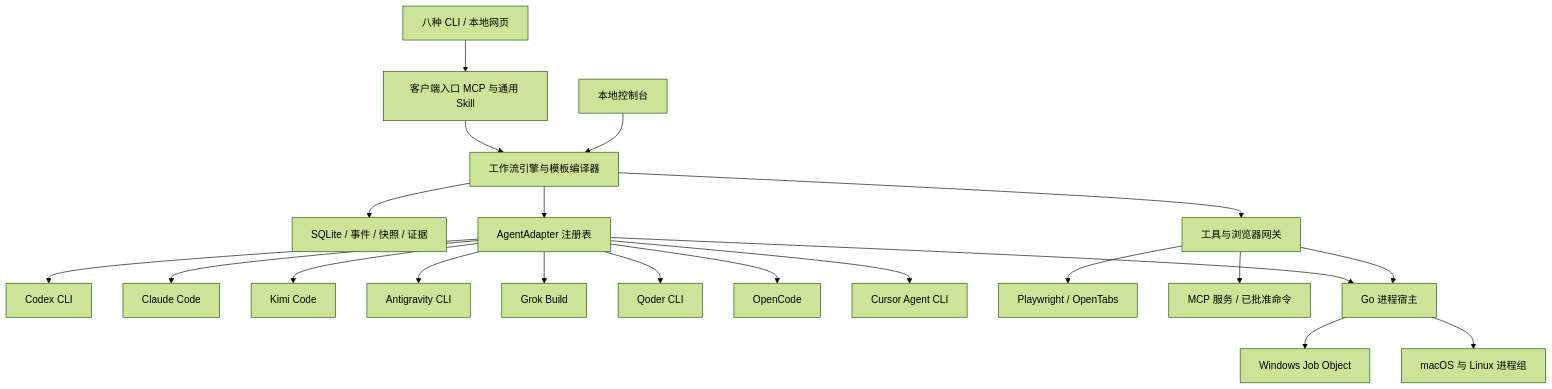
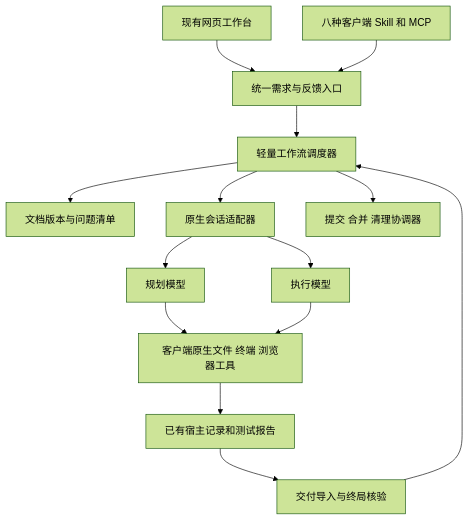
Before and after one commit to zephyrw/dev-flow: the first of 3 diagrams in docs/plan/DevFlow跨平台通用工作流平台实施方案.md, drawn with Mermaid (forest theme). The commit also changed other lines of this file and 136 other files, not shown here.

````diff
--- a/docs/plan/DevFlow跨平台通用工作流平台实施方案.md
+++ b/docs/plan/DevFlow跨平台通用工作流平台实施方案.md
@@ -77,23 +46,16 @@
 ```mermaid
 flowchart TB
-  Entry[八种 CLI / 本地网页] --> Bridge[客户端入口 MCP 与通用 Skill]
-  Bridge --> Core[工作流引擎与模板编译器]
-  UI[本地控制台] --> Core
-  Core --> Store[SQLite / 事件 / 快照 / 证据]
-  Core --> Agents[AgentAdapter 注册表]
-  Core --> Gateway[工具与浏览器网关]
-  Agents --> Codex[Codex CLI]
-  Agents --> Claude[Claude Code]
-  Agents --> Kimi[Kimi Code]
-  Agents --> Agy[Antigravity CLI]
-  Agents --> Grok[Grok Build]
-  Agents --> Qoder[Qoder CLI]
-  Agents --> OpenCode[OpenCode]
-  Agents --> Cursor[Cursor Agent CLI]
-  Gateway --> Browser[Playwright / OpenTabs]
-  Gateway --> Tools[MCP 服务 / 已批准命令]
-  Agents --> Host[Go 进程宿主]
-  Gateway --> Host
-  Host --> Windows[Windows Job Object]
-  Host --> Posix[macOS 与 Linux 进程组]
+  Web[现有网页工作台] --> Entry[统一需求与反馈入口]
+  CLI[八种客户端 Skill 和 MCP] --> Entry
+  Entry --> Core[轻量工作流调度器]
+  Core --> Docs[文档版本与问题清单]
+  Core --> Session[原生会话适配器]
+  Session --> Planner[规划模型]
+  Session --> Executor[执行模型]
+  Planner --> Native[客户端原生文件 终端 浏览器工具]
+  Executor --> Native
+  Native --> Facts[已有宿主记录和测试报告]
+  Facts --> Delivery[交付导入与终局核验]
+  Delivery --> Core
+  Core --> Git[提交 合并 清理协调器]
 ```
````
